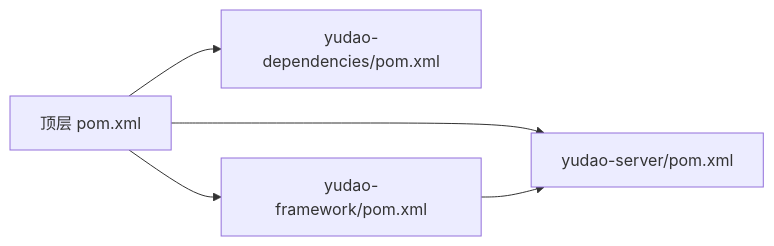
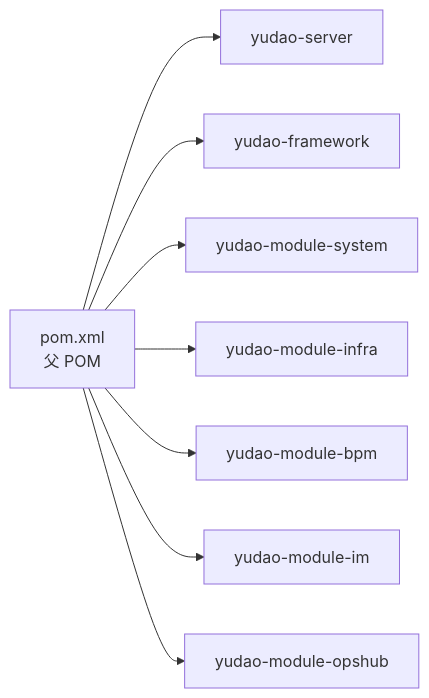
One commit to xiaoche80s-tech/rouyi-vue-pro changed the third of 3 diagrams in .qoder/repowiki/zh/content/故障排查/故障排查.md. Above: the diagram before and after it, drawn with Mermaid. The commit also changed other lines of this file and 840 other files, not shown here.

````diff
--- a/.qoder/repowiki/zh/content/故障排查/故障排查.md
+++ b/.qoder/repowiki/zh/content/故障排查/故障排查.md
@@ -321,7 +290,10 @@
 ```mermaid
 graph LR
-Root["顶层 pom.xml"] --> Deps["yudao-dependencies/pom.xml"]
-Root --> FW["yudao-framework/pom.xml"]
-Root --> Srv["yudao-server/pom.xml"]
-FW --> Srv
+P["pom.xml<br/>父 POM"] --> S["yudao-server"]
+P --> F["yudao-framework"]
+P --> SYS["yudao-module-system"]
+P --> INF["yudao-module-infra"]
+P --> BPM["yudao-module-bpm"]
+P --> IM["yudao-module-im"]
+P --> OPS["yudao-module-opshub"]
 ```
````
